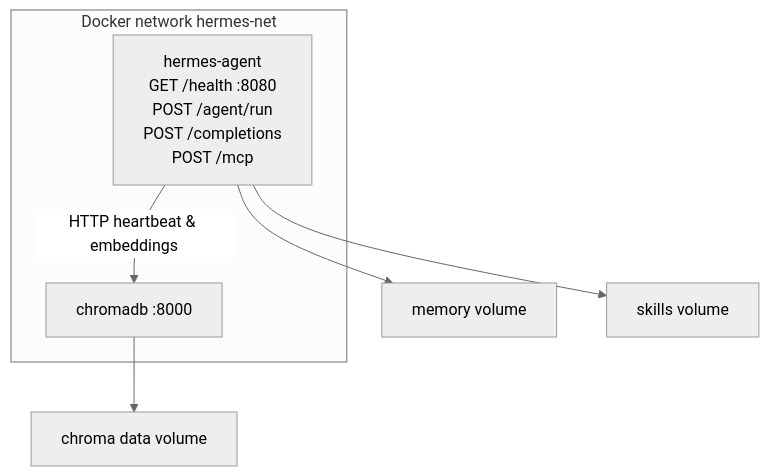
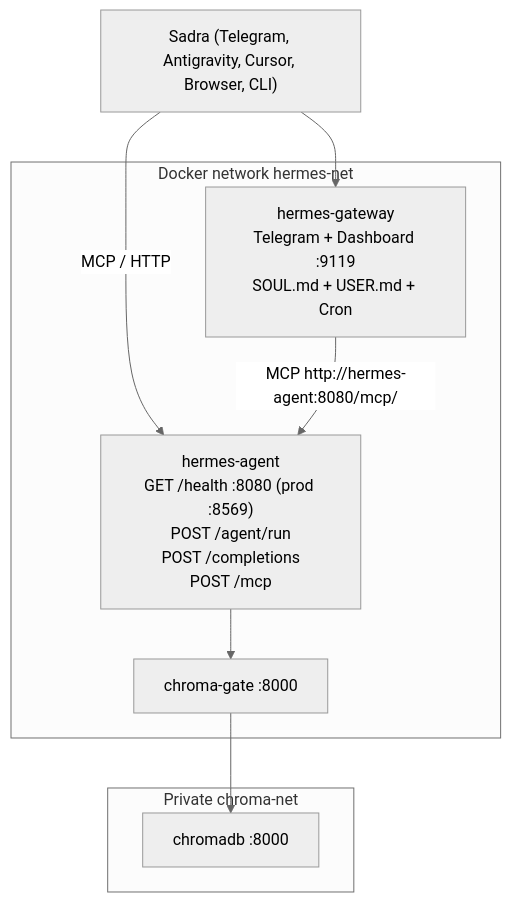
Before and after one commit to Sadramst/hermes-agent: the diagram in README.md, drawn with Mermaid (neutral theme). The commit also changed other lines of this file and 154 other files, not shown here.

First line of the commit message:
Simplify stack to Sadra v0.5.0 personal assistant, Telegram gateway, and provider routing

````diff
--- a/README.md
+++ b/README.md
@@ -5,14 +11,16 @@
 ```mermaid
 flowchart TB
+  sadra["Sadra (Telegram, Antigravity, Cursor, Browser, CLI)"]
   subgraph net ["Docker network hermes-net"]
-    agent["hermes-agent\nGET /health :8080\nPOST /agent/run\nPOST /completions\nPOST /mcp"]
+    gateway["hermes-gateway\nTelegram + Dashboard :9119\nSOUL.md + USER.md + Cron"]
+    agent["hermes-agent\nGET /health :8080 (prod :8569)\nPOST /agent/run\nPOST /completions\nPOST /mcp"]
+    gate["chroma-gate :8000"]
+  end
+  subgraph chromaNet ["Private chroma-net"]
     chroma["chromadb :8000"]
   end
-  mem["memory volume"]
-  skillsVol["skills volume"]
-  embeddings["chroma data volume"]
-  agent -->|"HTTP heartbeat & embeddings"| chroma
-  agent --> mem
-  agent --> skillsVol
-  chroma --> embeddings
+  sadra --> gateway
+  sadra -->|"MCP / HTTP"| agent
+  gateway -->|"MCP http://hermes-agent:8080/mcp/"| agent
+  agent --> gate --> chroma
 ```
````
